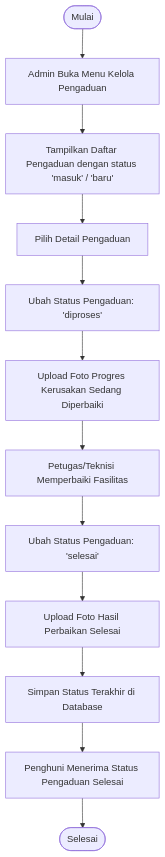
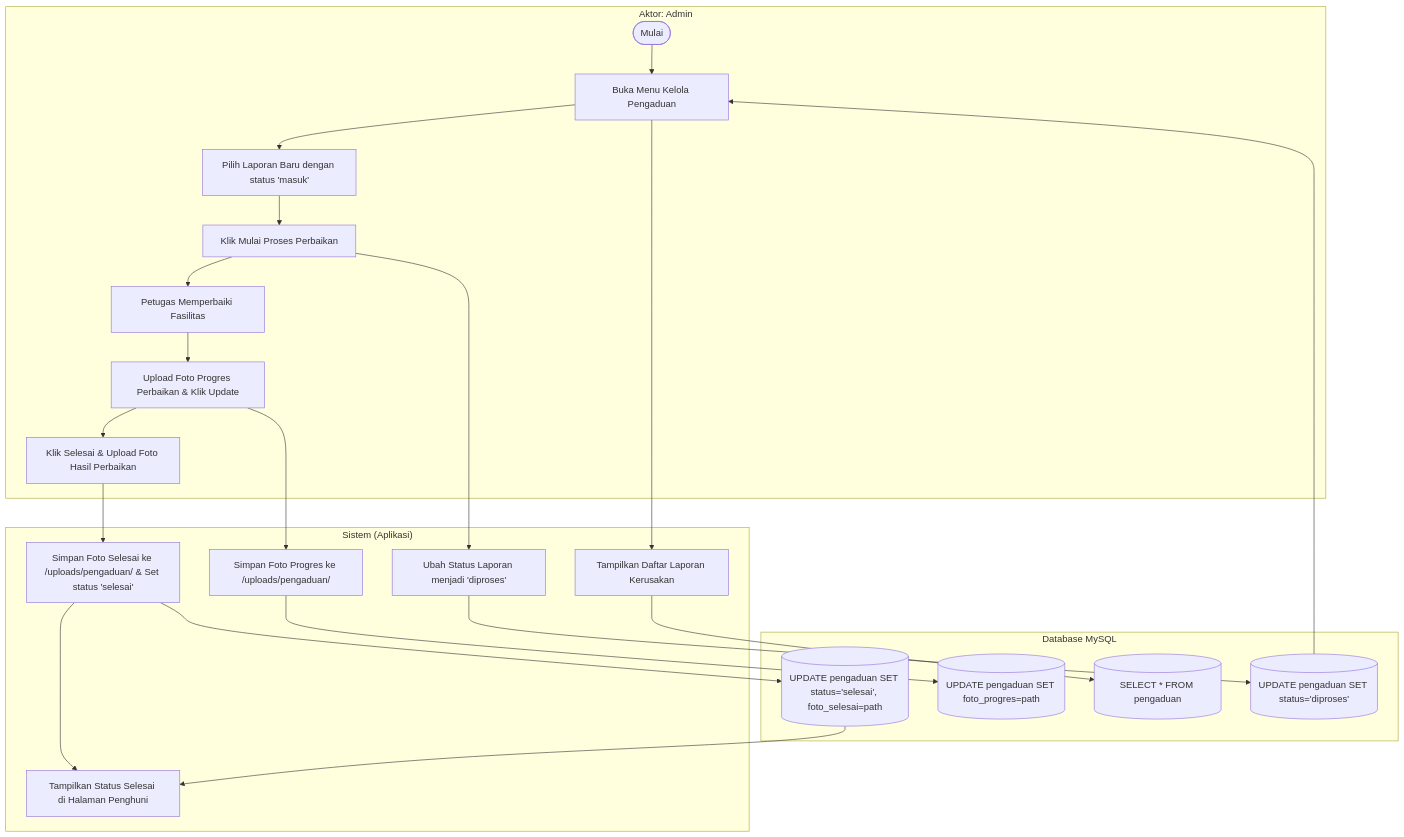
One commit to Raflysaputra20/EL-MISARAH changed the third of 10 diagrams in activity_diagrams.md. Above: the diagram before and after it, drawn with Mermaid. The commit also changed other lines of this file and 2 other files, not shown here.

````diff
--- a/activity_diagrams.md
+++ b/activity_diagrams.md
@@ -100,15 +142,30 @@
 ```mermaid
-flowchart TD
-    Start([Mulai]) --> BukaPengaduan[Admin Buka Menu Kelola Pengaduan]
-    BukaPengaduan --> DaftarAduan[Tampilkan Daftar Pengaduan dengan status 'masuk' / 'baru']
-    DaftarAduan --> PilihAduan[Pilih Detail Pengaduan]
+flowchart TB
+    subgraph Aktor ["Aktor: Admin"]
+        Start1_3([Mulai]) --> BukaPengaduan1_3[Buka Menu Kelola Pengaduan]
+        BukaPengaduan1_3 --> PilihAduan1_3[Pilih Laporan Baru dengan status 'masuk']
+        PilihAduan1_3 --> KlikProses1_3[Klik Mulai Proses Perbaikan]
+        
+        KlikProses1_3 --> PetugasPerbaikan1_3[Petugas Memperbaiki Fasilitas]
+        PetugasPerbaikan1_3 --> UploadProgres1_3[Upload Foto Progres Perbaikan & Klik Update]
+        UploadProgres1_3 --> KlikSelesai1_3[Klik Selesai & Upload Foto Hasil Perbaikan]
+    end
     
-    PilihAduan --> UbahProses[Ubah Status Pengaduan: 'diproses']
-    UbahProses --> UploadFotoProses[Upload Foto Progres Kerusakan Sedang Diperbaiki]
-    UploadFotoProses --> ProsesPerbaikan[Petugas/Teknisi Memperbaiki Fasilitas]
+    subgraph Sistem ["Sistem (Aplikasi)"]
+        BukaPengaduan1_3 --> TampilkanAduan1_3[Tampilkan Daftar Laporan Kerusakan]
+        KlikProses1_3 --> SetProses1_3[Ubah Status Laporan menjadi 'diproses']
+        UploadProgres1_3 --> SaveProgres1_3[Simpan Foto Progres ke /uploads/pengaduan/]
+        KlikSelesai1_3 --> SaveSelesai1_3[Simpan Foto Selesai ke /uploads/pengaduan/ & Set status 'selesai']
+        SaveSelesai1_3 --> KirimNotif1_3[Tampilkan Status Selesai di Halaman Penghuni]
+    end
     
-    ProsesPerbaikan --> SelesaiPerbaikan[Ubah Status Pengaduan: 'selesai']
-    SelesaiPerbaikan --> UploadFotoSelesai[Upload Foto Hasil Perbaikan Selesai]
-    UploadFotoSelesai --> SimpanAduanDB[Simpan Status Terakhir di Database]
-    SimpanAduanDB --> KirimNotif[Penghuni Menerima Status Pengaduan Selesai] --> End([Selesai])
+    subgraph Database ["Database MySQL"]
+        TampilkanAduan1_3 --> QueryAduan1_3[("SELECT * FROM pengaduan")]
+        SetProses1_3 --> DBUpdateProses1_3[("UPDATE pengaduan SET status='diproses'")]
+        SaveProgres1_3 --> DBUpdateFotoProgres1_3[("UPDATE pengaduan SET foto_progres=path")]
+        SaveSelesai1_3 --> DBUpdateSelesai1_3[("UPDATE pengaduan SET status='selesai', foto_selesai=path")]
+        
+        DBUpdateProses1_3 --> BukaPengaduan1_3
+        DBUpdateSelesai1_3 --> KirimNotif1_3
+    end
 ```
````
